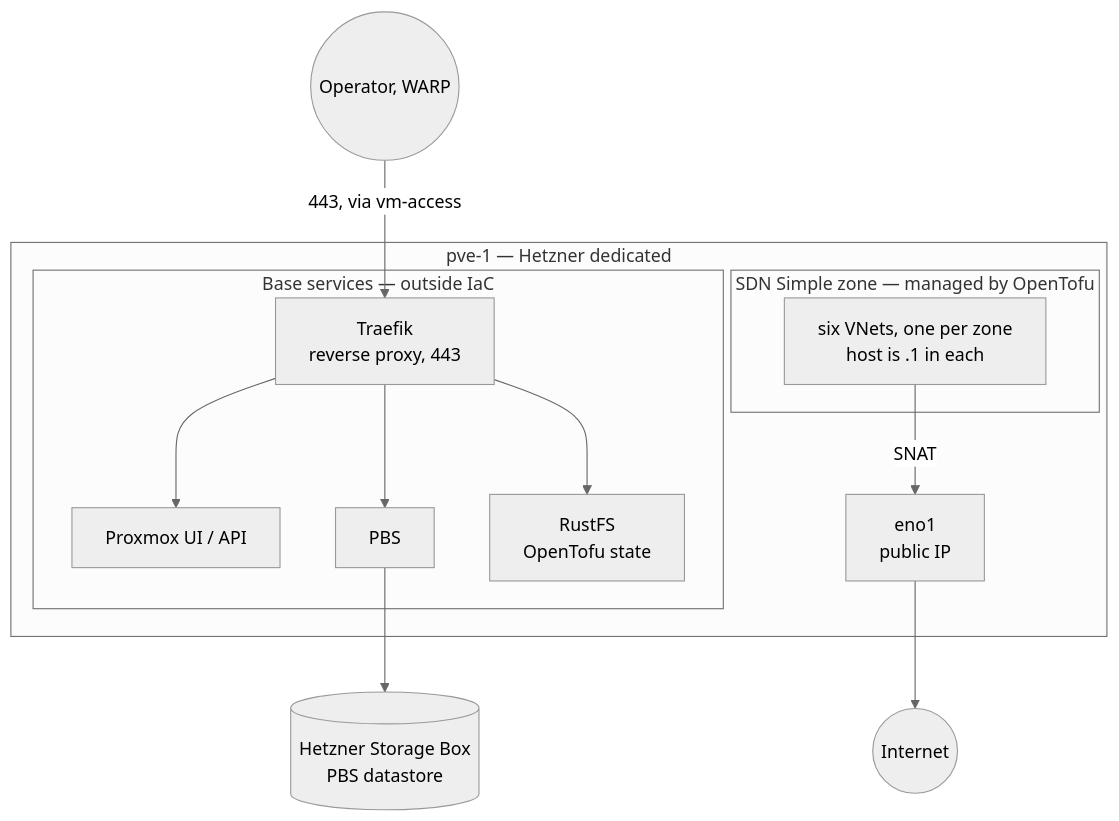
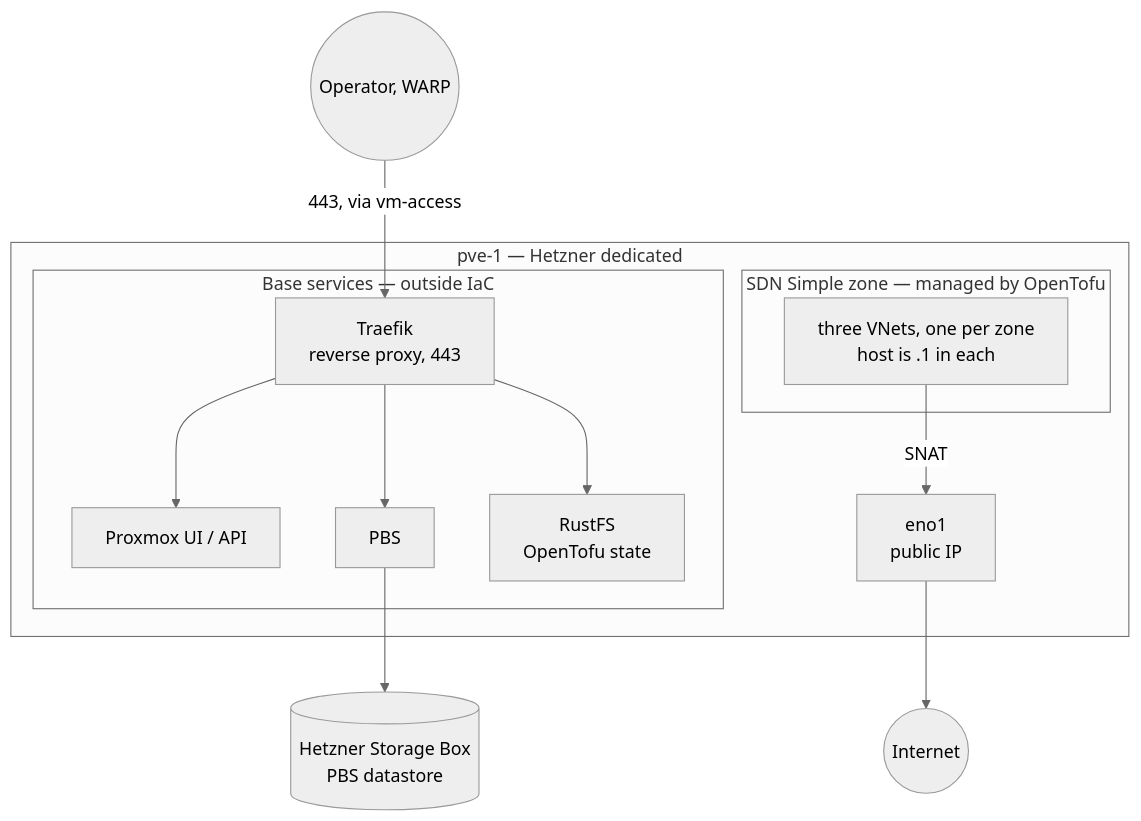
The first of 7 diagrams in docs/architecture.md (0xc0-homelab/infrastructure), drawn with Mermaid (neutral theme) before and after one commit. The commit also changed other lines of this file and 16 other files, not shown here.

First line of the commit message:
feat(zones)!: move to three zones for the cluster (#86)

````diff
--- a/docs/architecture.md
+++ b/docs/architecture.md
@@ -19,28 +19,28 @@
 ```mermaid
 flowchart TB
   internet(("Internet"))
 
   subgraph host["pve-1 — Hetzner dedicated"]
     eno1["eno1<br/>public IP"]
 
     subgraph base["Base services — outside IaC"]
       traefik["Traefik<br/>reverse proxy, 443"]
       pveui["Proxmox UI / API"]
       pbs["PBS"]
       rustfs["RustFS<br/>OpenTofu state"]
     end
 
     subgraph sdn["SDN Simple zone — managed by OpenTofu"]
-      zones["six VNets, one per zone<br/>host is .1 in each"]
+      zones["three VNets, one per zone<br/>host is .1 in each"]
     end
   end
 
   sbox[("Hetzner Storage Box<br/>PBS datastore")]
 
   operator(("Operator, WARP")) -- "443, via vm-access" --> traefik
   traefik --> pveui
   traefik --> pbs
   traefik --> rustfs
   pbs --> sbox
   zones -- "SNAT" --> eno1 --> internet
 ```
````
